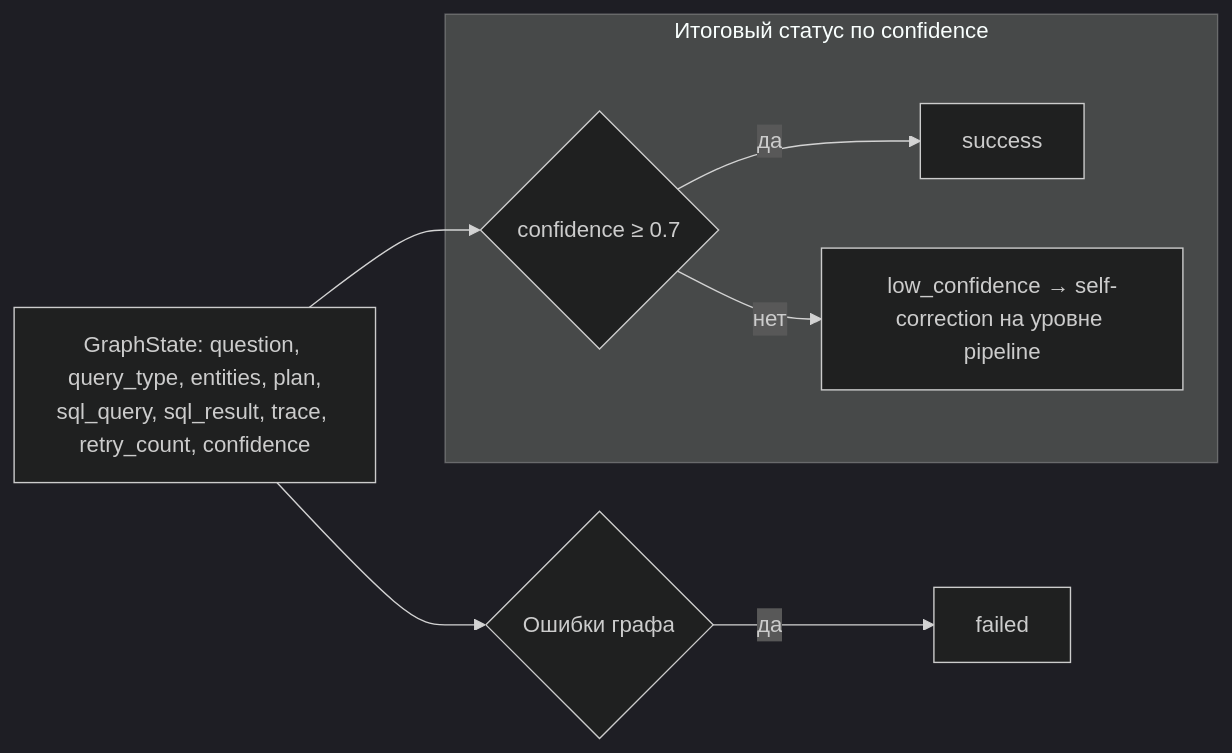
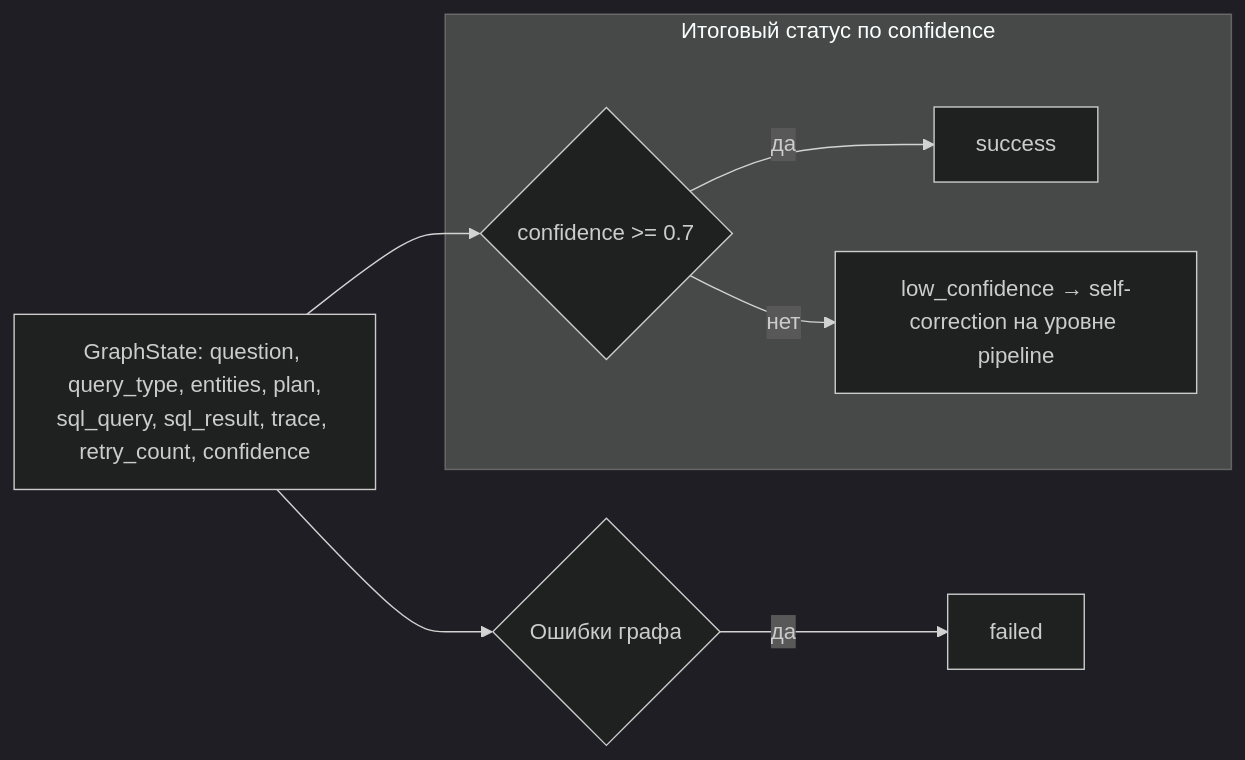
One commit to kostIT13/EVRAZ_ExcelAgent changed the second of 2 diagrams in diagrams/agent_pipeline.md. Above: the diagram before and after it, drawn with Mermaid (dark theme). The commit also changed other lines of this file and 11 other files, not shown here.

Commit message:
fix diagrams

````diff
--- a/diagrams/agent_pipeline.md
+++ b/diagrams/agent_pipeline.md
@@ -37,15 +37,15 @@
 ```mermaid
 flowchart LR
-    ST[GraphState: question, query_type, entities, plan,<br/>sql_query, sql_result, trace, retry_count, confidence]
+    ST["GraphState: question, query_type, entities, plan,<br/>sql_query, sql_result, trace, retry_count, confidence"]
 
     subgraph Status ["Итоговый статус по confidence"]
-        S70{confidence ≥ 0.7}
-        S70 -- да --> SUC["success"]
-        S70 -- нет --> LWC["low_confidence → self-correction на уровне pipeline"]
+        S70{"confidence >= 0.7"}
+        S70 -- "да" --> SUC["success"]
+        S70 -- "нет" --> LWC["low_confidence → self-correction на уровне pipeline"]
     end
 
-    E2{Ошибки графа} -- да --> FLD["failed"]
+    E2{"Ошибки графа"} -- "да" --> FLD["failed"]
 
     ST --> S70
     ST --> E2
 ```
````
